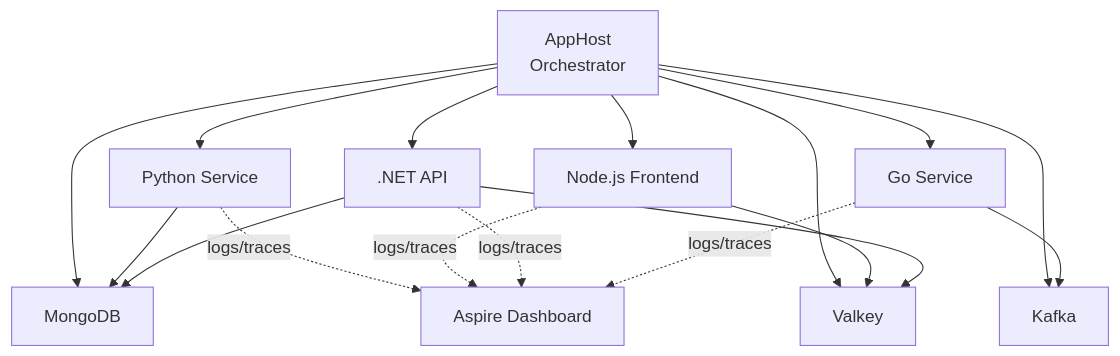
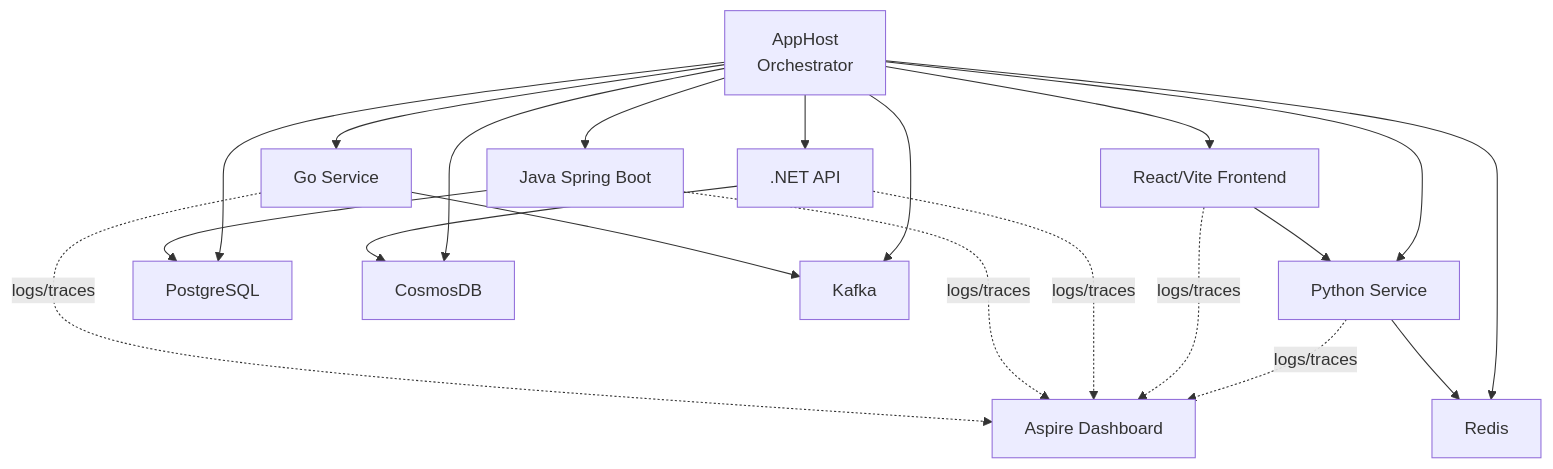
One commit to codebytes/aspire-polyglot changed the first of 2 diagrams in slides/Slides.md. Above: the diagram before and after it, drawn with Mermaid. The commit also changed other lines of this file and 48 other files, not shown here.

First line of the commit message:
refactor: cleanup samples to Python, Vite, Go, Java, .NET

```diff
--- a/slides/Slides.md
+++ b/slides/Slides.md
@@ -356,25 +357,28 @@
 <div class="mermaid">
 graph TD
     AppHost[AppHost<br/>Orchestrator]
     Dashboard[Aspire Dashboard]
     
     AppHost --> PythonApp[Python Service]
-    AppHost --> NodeApp[Node.js Frontend]
+    AppHost --> ReactApp[React/Vite Frontend]
     AppHost --> DotNetAPI[.NET API]
+    AppHost --> JavaAPI[Java Spring Boot]
     AppHost --> GoService[Go Service]
     
-    AppHost --> Valkey[Valkey]
-    AppHost --> MongoDB[MongoDB]
+    AppHost --> Redis[Redis]
+    AppHost --> Postgres[PostgreSQL]
+    AppHost --> Cosmos[CosmosDB]
     AppHost --> Kafka[Kafka]
     
-    PythonApp --> MongoDB
-    NodeApp --> Valkey
-    DotNetAPI --> Valkey
-    DotNetAPI --> MongoDB
+    PythonApp --> Redis
+    ReactApp --> PythonApp
+    JavaAPI --> Postgres
+    DotNetAPI --> Cosmos
     GoService --> Kafka
     
     PythonApp -.logs/traces.-> Dashboard
-    NodeApp -.logs/traces.-> Dashboard
+    ReactApp -.logs/traces.-> Dashboard
     DotNetAPI -.logs/traces.-> Dashboard
+    JavaAPI -.logs/traces.-> Dashboard
     GoService -.logs/traces.-> Dashboard
 </div>
```
